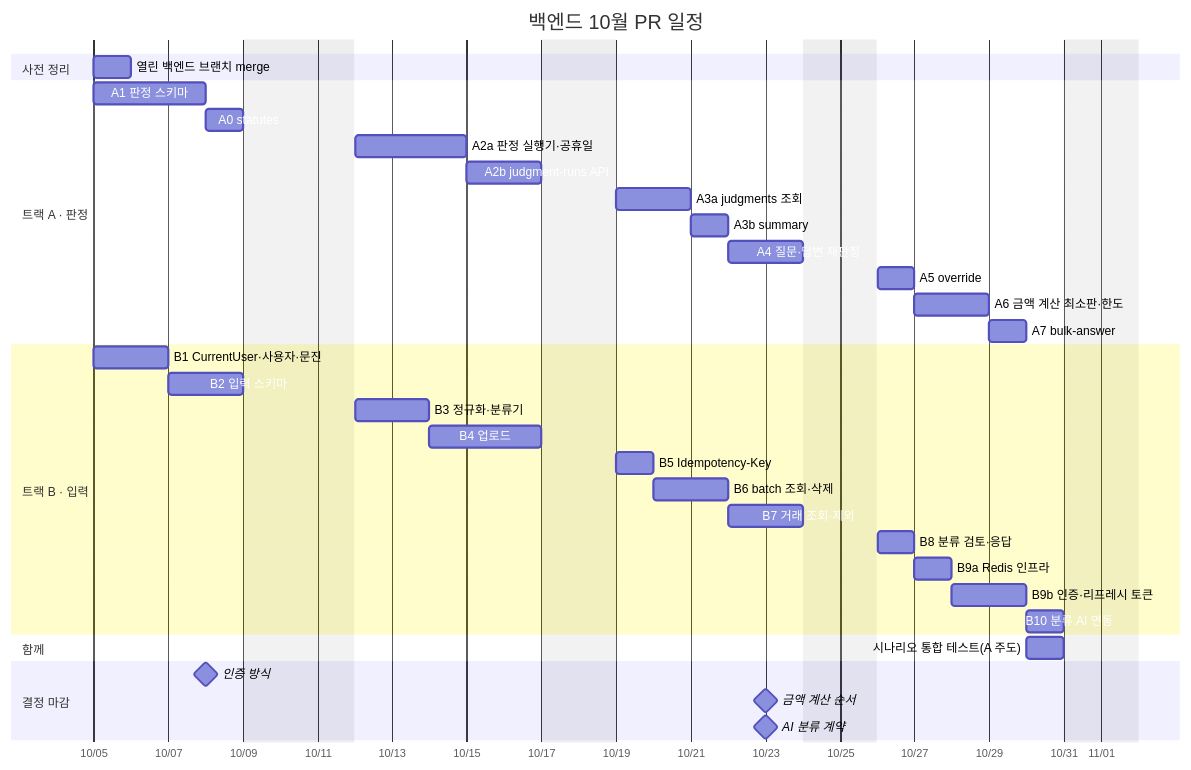
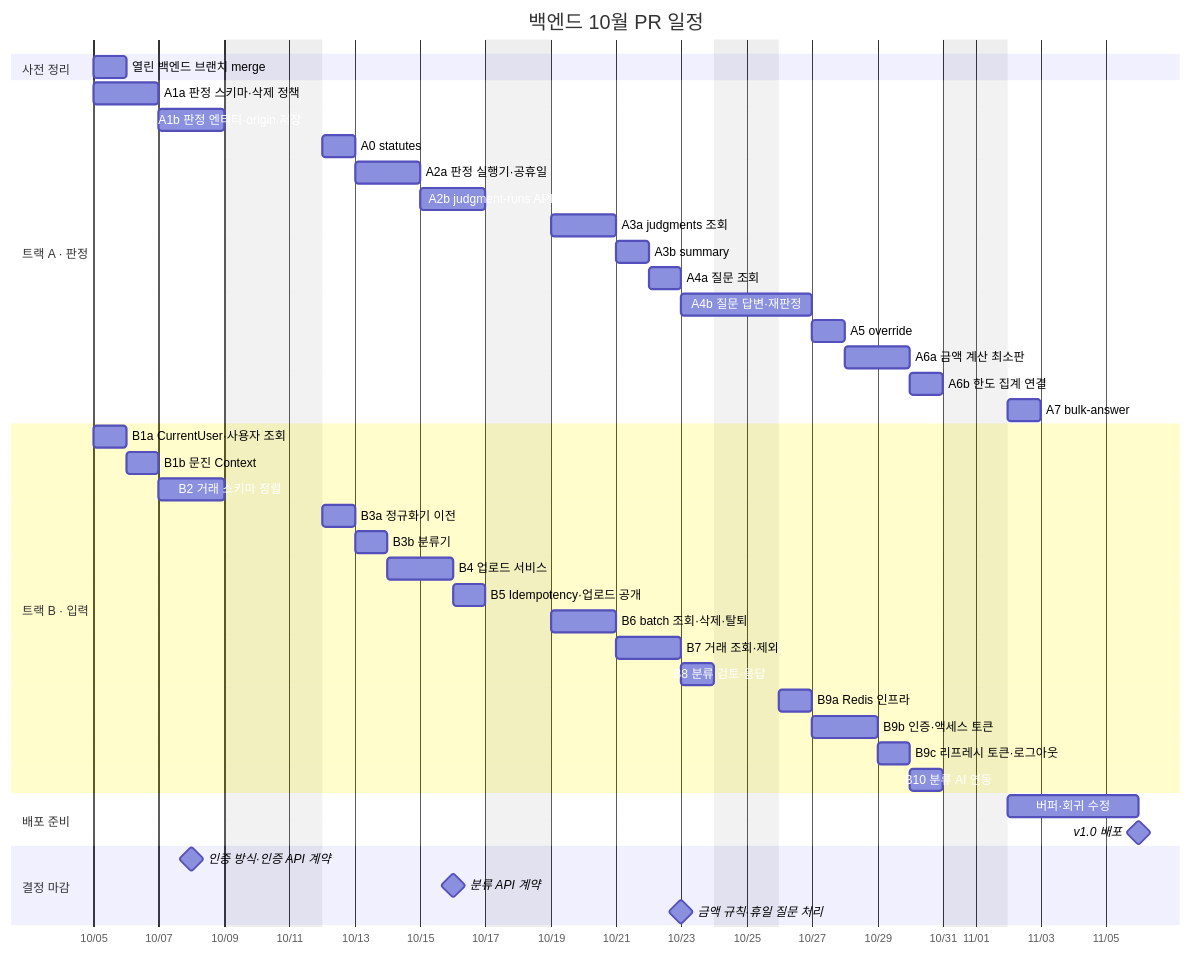
Before and after one commit to RainDrop3/ktc4-pusan-4: the first of 3 diagrams in docs/backend_api_plan.md, drawn with Mermaid. The commit also changed other lines of this file, not shown here.

````diff
--- a/docs/backend_api_plan.md
+++ b/docs/backend_api_plan.md
@@ -20,43 +21,50 @@
 ```mermaid
 gantt
     title 백엔드 10월 PR 일정
     dateFormat YYYY-MM-DD
     axisFormat %m/%d
     excludes weekends, 2026-10-09
 
     section 사전 정리
     열린 백엔드 브랜치 merge     :pre, 2026-10-05, 1d
 
     section 트랙 A · 판정
-    A1 판정 스키마               :a1, 2026-10-05, 3d
-    A0 statutes                  :a0, after a1, 1d
-    A2a 판정 실행기·공휴일       :a2a, 2026-10-12, 3d
+    A1a 판정 스키마·삭제 정책    :a1a, 2026-10-05, 2d
+    A1b 판정 엔티티·origin 저장  :a1b, after a1a, 2d
+    A0 statutes                  :a0, 2026-10-12, 1d
+    A2a 판정 실행기·공휴일       :a2a, after a0, 2d
     A2b judgment-runs API        :a2b, after a2a, 2d
     A3a judgments 조회           :a3a, 2026-10-19, 2d
     A3b summary                  :a3b, after a3a, 1d
-    A4 질문·답변 재판정          :a4, after a3b, 2d
-    A5 override                  :a5, 2026-10-26, 1d
-    A6 금액 계산 최소판·한도     :a6, after a5, 2d
-    A7 bulk-answer               :a7, after a6, 1d
+    A4a 질문 조회                :a4a, after a3b, 1d
+    A4b 질문 답변·재판정         :a4b, after a4a, 2d
+    A5 override                  :a5, after a4b, 1d
+    A6a 금액 계산 최소판         :a6a, after a5, 2d
+    A6b 한도 집계 연결           :a6b, after a6a, 1d
+    A7 bulk-answer               :a7, after a6b, 1d
 
     section 트랙 B · 입력
-    B1 CurrentUser·사용자·문진   :b1, 2026-10-05, 2d
-    B2 입력 스키마               :b2, after b1, 2d
-    B3 정규화·분류기             :b3, 2026-10-12, 2d
-    B4 업로드                    :b4, after b3, 3d
-    B5 Idempotency-Key           :b5, 2026-10-19, 1d
-    B6 batch 조회·삭제           :b6, after b5, 2d
+    B1a CurrentUser·사용자 조회  :b1a, 2026-10-05, 1d
+    B1b 문진 Context             :b1b, after b1a, 1d
+    B2 거래 스키마 정렬          :b2, after b1b, 2d
+    B3a 정규화기 이전            :b3a, 2026-10-12, 1d
+    B3b 분류기                   :b3b, after b3a, 1d
+    B4 업로드 서비스             :b4, after b3b, 2d
+    B5 Idempotency·업로드 공개   :b5, after b4, 1d
+    B6 batch 조회·삭제·탈퇴      :b6, 2026-10-19, 2d
     B7 거래 조회·제외            :b7, after b6, 2d
-    B8 분류 검토·응답            :b8, 2026-10-26, 1d
-    B9a Redis 인프라             :b9a, after b8, 1d
-    B9b 인증·리프레시 토큰       :b9b, after b9a, 2d
-    B10 분류 AI 연동             :b10, after b9b, 1d
+    B8 분류 검토·응답            :b8, after b7, 1d
+    B9a Redis 인프라             :b9a, 2026-10-26, 1d
+    B9b 인증·액세스 토큰         :b9b, after b9a, 2d
+    B9c 리프레시 토큰·로그아웃   :b9c, after b9b, 1d
+    B10 분류 AI 연동             :b10, after b9c, 1d
 
-    section 함께
-    시나리오 통합 테스트(A 주도) :it, 2026-10-30, 1d
+    section 배포 준비
+    버퍼·회귀 수정               :buf, 2026-11-02, 4d
+    v1.0 배포                    :milestone, rel, 2026-11-06, 0d
 
     section 결정 마감
-    인증 방식                    :milestone, d1, 2026-10-08, 0d
-    금액 계산 순서               :milestone, d2, 2026-10-23, 0d
-    AI 분류 계약                 :milestone, d3, 2026-10-23, 0d
+    인증 방식·인증 API 계약      :milestone, d1, 2026-10-08, 0d
+    분류 API 계약                :milestone, d3, 2026-10-16, 0d
+    금액 규칙·휴일 질문 처리     :milestone, d2, 2026-10-23, 0d
 ```
````
